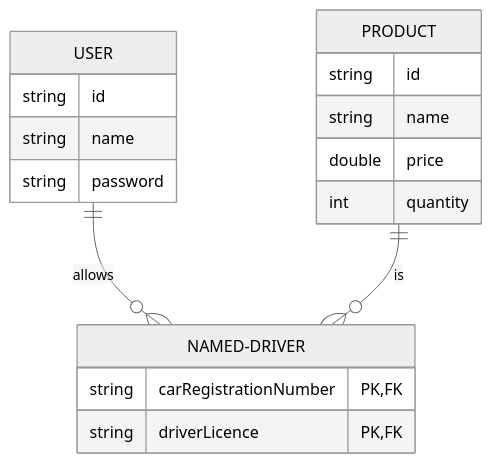
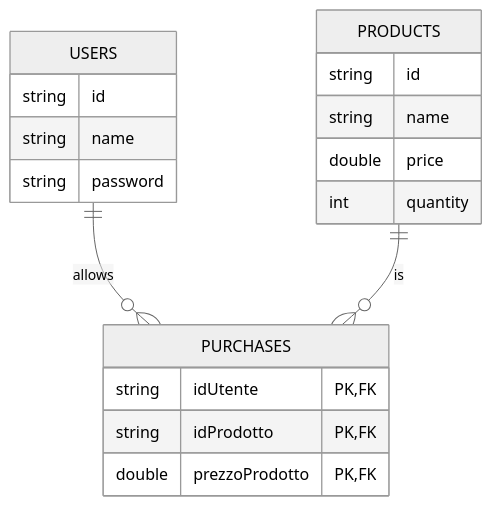
One commit to AleDegia/esercitazioni-dotnet-2024 changed the second of 3 diagrams in esercitazione1/esJsonConEntity/README.md. Above: the diagram before and after it, drawn with Mermaid (neutral theme). The commit also changed other lines of this file and 35 other files, not shown here.

````diff
--- a/esercitazione1/esJsonConEntity/README.md
+++ b/esercitazione1/esJsonConEntity/README.md
@@ -41,20 +55,21 @@
 ``` mermaid
 erDiagram
-    USER ||--o{ NAMED-DRIVER : allows
-    USER {
+    USERS ||--o{ PURCHASES : allows
+    USERS {
         string id
         string name
         string password
     }
-    PRODUCT ||--o{ NAMED-DRIVER : is
-    PRODUCT {
+    PRODUCTS ||--o{ PURCHASES : is
+    PRODUCTS {
         string id
         string name
         double price
         int quantity
     }
-    NAMED-DRIVER {
-        string carRegistrationNumber PK, FK
-        string driverLicence PK, FK
+    PURCHASES {
+        string idUtente PK, FK
+        string idProdotto PK, FK
+        double prezzoProdotto PK, FK
     }
 ``` 
````
